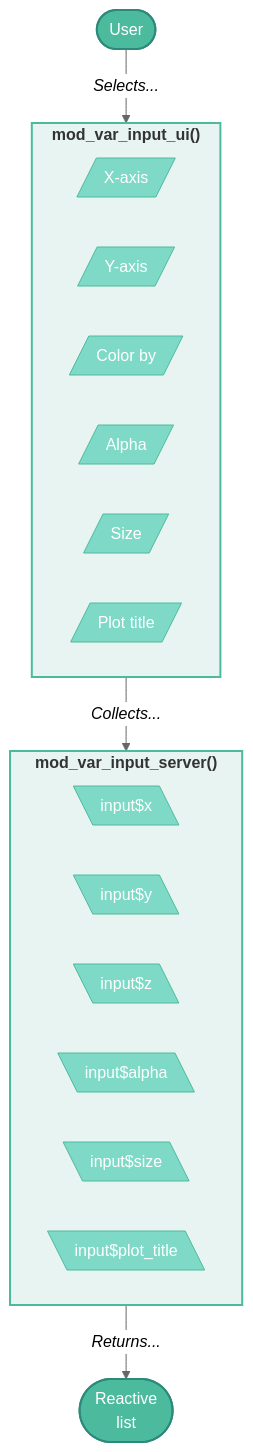
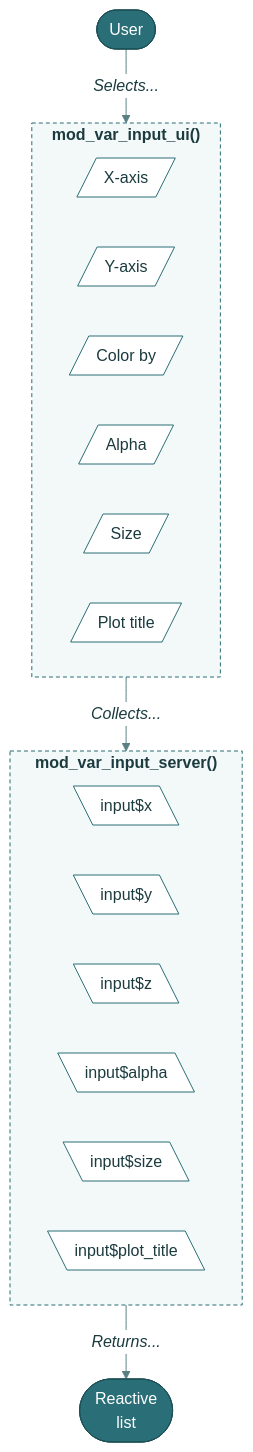
The first of 3 diagrams in shiny.qmd (mjfrigaard/shiny-app-pkgs), drawn with Mermaid before and after one commit. The commit also changed other lines of this file and 22 other files, not shown here.

First line of the commit message:
Standardize mermaid diagrams on the site teal palette

````diff
--- a/shiny.qmd
+++ b/shiny.qmd
@@ -629,44 +629,35 @@
 ```{mermaid}
 %%| fig-align: center
 %%| fig-cap: 'Variable input module'
-%%{init: {'theme': 'neutral', 'themeVariables': { 'fontFamily': 'monospace',"fontSize":"16px"}}}%%
+%%{init: {'theme': 'base', 'themeVariables': { 'fontFamily': 'monospace', "fontSize":"16px", "primaryColor":"#D7EBEC", "primaryTextColor":"#1B3B3F", "primaryBorderColor":"#2A6F77", "lineColor":"#5A7F83", "edgeLabelBackground":"#FFFFFF", "clusterBkg":"#F3F8F8", "clusterBorder":"#2A6F77", "darkMode":false}}}%%
 flowchart TD
     User(["User"])
     subgraph mod_var_input_server["<strong>mod_var_input_server()</strong>"]
         XServer[\"input$x"\]
         YServer[\"input$y"\]
         ZServer[\"input$z"\]
         AlphaServer[\"input$alpha"\]
         SizeServer[\"input$size"\]
         TitleServer[\"input$plot_title"\]
     end
     subgraph mod_var_input_ui["<strong>mod_var_input_ui()</strong>"]
         XUI[/"X-axis"/]
         YUI[/"Y-axis"/]
         ZUI[/"Color by"/]
         AlphaUI[/"Alpha"/]
         SizeUI[/"Size"/]
         TitleUI[/"Plot title"/]
     end
     User --> |"<em>Selects...</em>"|mod_var_input_ui
     mod_var_input_ui -->|"<em>Collects...</em>"| mod_var_input_server
     mod_var_input_server --> |"<em>Returns...</em>"|Return(["Reactive<br>list"])
 
-    style User fill:#4CBB9D,color:#fff,stroke:#2d8a7a,stroke-width:2px
-    style mod_var_input_ui fill:#e8f4f1,stroke:#4CBB9D,stroke-width:2px
-    style mod_var_input_server fill:#e8f4f1,stroke:#4CBB9D,stroke-width:2px
-    style Return fill:#4CBB9D,color:#fff,stroke:#2d8a7a,stroke-width:2px
-    style XUI fill:#7fd9c7,color:#fff,stroke:#4CBB9D,stroke-width:1px
-    style YUI fill:#7fd9c7,color:#fff,stroke:#4CBB9D,stroke-width:1px
-    style ZUI fill:#7fd9c7,color:#fff,stroke:#4CBB9D,stroke-width:1px
-    style AlphaUI fill:#7fd9c7,color:#fff,stroke:#4CBB9D,stroke-width:1px
-    style SizeUI fill:#7fd9c7,color:#fff,stroke:#4CBB9D,stroke-width:1px
-    style TitleUI fill:#7fd9c7,color:#fff,stroke:#4CBB9D,stroke-width:1px
-    style XServer fill:#7fd9c7,color:#fff,stroke:#4CBB9D,stroke-width:1px
-    style YServer fill:#7fd9c7,color:#fff,stroke:#4CBB9D,stroke-width:1px
-    style ZServer fill:#7fd9c7,color:#fff,stroke:#4CBB9D,stroke-width:1px
-    style AlphaServer fill:#7fd9c7,color:#fff,stroke:#4CBB9D,stroke-width:1px
-    style SizeServer fill:#7fd9c7,color:#fff,stroke:#4CBB9D,stroke-width:1px
-    style TitleServer fill:#7fd9c7,color:#fff,stroke:#4CBB9D,stroke-width:1px
-
+    classDef term fill:#2A6F77,color:#FFFFFF,stroke:#1B4F55,stroke-width:1px
+    classDef step fill:#D7EBEC,color:#1B3B3F,stroke:#2A6F77,stroke-width:1px
+    classDef decision fill:#F4C26B,color:#3D2A00,stroke:#B7832B,stroke-width:1px
+    classDef io fill:#FFFFFF,color:#1B3B3F,stroke:#2A6F77,stroke-width:1px
+    class User,Return term
+    class XServer,YServer,ZServer,AlphaServer,SizeServer,TitleServer,XUI,YUI,ZUI,AlphaUI,SizeUI,TitleUI io
+    style mod_var_input_server fill:#F3F8F8,color:#1B3B3F,stroke:#2A6F77,stroke-width:1px,stroke-dasharray:4 3
+    style mod_var_input_ui fill:#F3F8F8,color:#1B3B3F,stroke:#2A6F77,stroke-width:1px,stroke-dasharray:4 3
 ```
````
